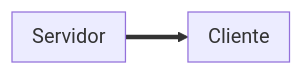
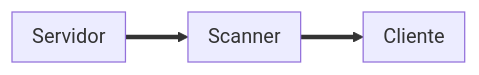
The fifth of 5 diagrams in README.md (joeljoanmorera/P4-morera-cots), drawn with Mermaid before and after one commit. The commit also changed other lines of this file, not shown here.

````diff
--- a/README.md
+++ b/README.md
@@ -767,13 +815,15 @@
 ```mermaid
     flowchart LR
 
     subgraph S [Servidor]
 
     end
 
-    S ==> C;
+    S ==> SC ==> C;
 
     subgraph C [Cliente]
     end
 
+    subgraph SC [Scanner]
+    end
 ```
````
